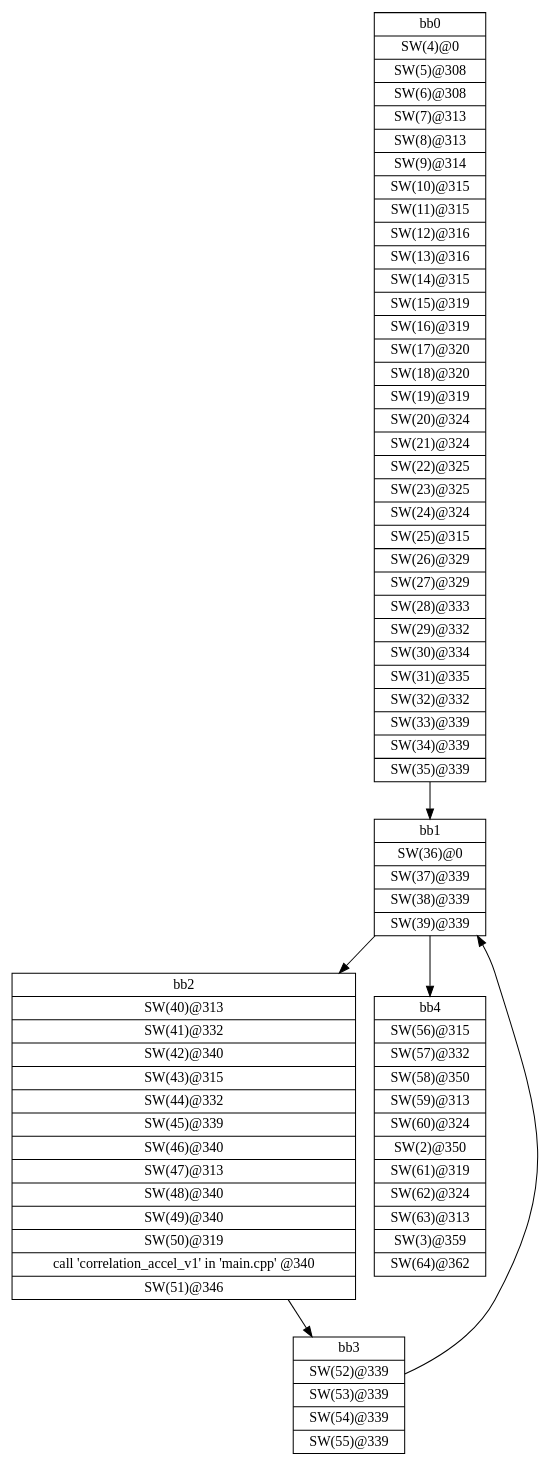
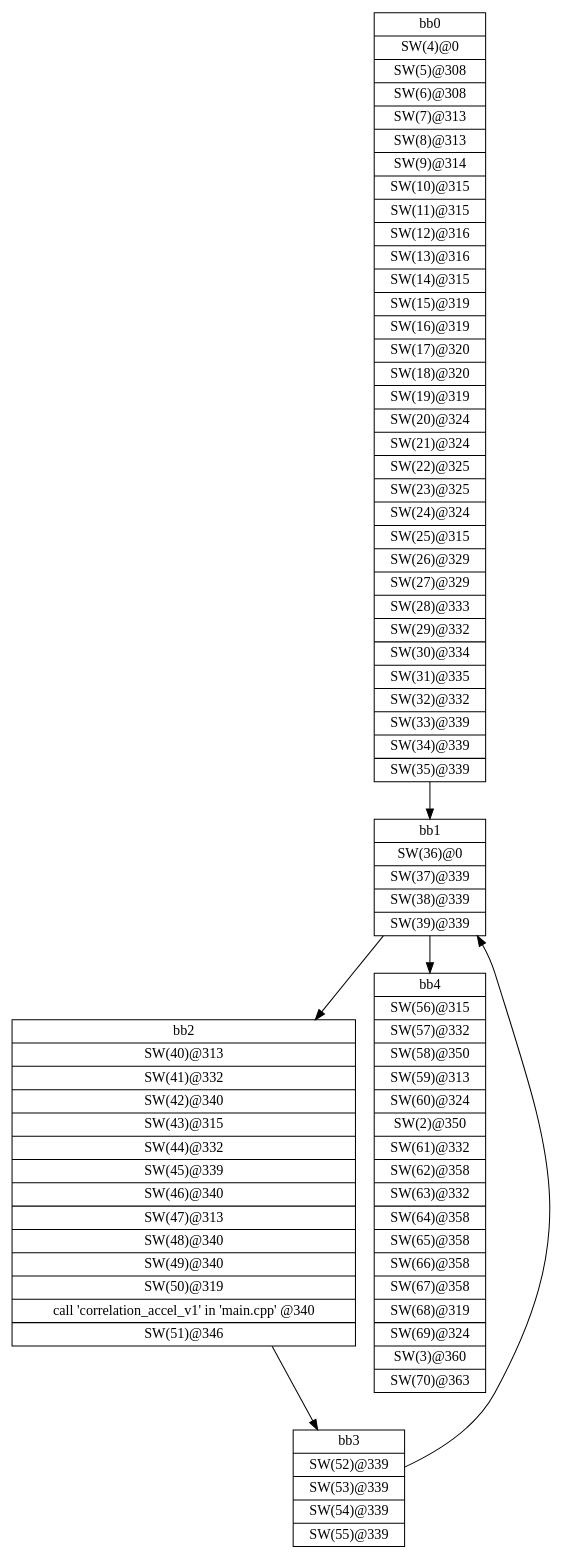
One commit to nguyencanhtrung/SDSoC changed the diagram in workspace/correlation_ver1/correlation_ver1_linux/SDRelease/_sds/.llvm/_px_cdfg_init_main.dot. Above: the diagram before and after it, drawn with Graphviz. The commit also changed 26 other files, not shown here.

```diff
--- a/workspace/correlation_ver1/correlation_ver1_linux/SDRelease/_sds/.llvm/_px_cdfg_init_main.dot
+++ b/workspace/correlation_ver1/correlation_ver1_linux/SDRelease/_sds/.llvm/_px_cdfg_init_main.dot
@@ -1,13 +1,13 @@
 digraph CDFG {
 node [shape=record];
-bb0 [shape=record, label = "{bb0|<x0x2c50810>SW(4)@0\n|<x0x2c50430>SW(5)@308\n|<x0x2c50590>SW(6)@308\n|<x0x2c506f0>SW(7)@313\n|<x0x2c0e900>SW(8)@313\n|<x0x2c0ea60>SW(9)@314\n|<x0x2c0ebc0>SW(10)@315\n|<x0x2c0ed20>SW(11)@315\n|<x0x2c0ee80>SW(12)@316\n|<x0x2c0eff0>SW(13)@316\n|<x0x2c0f120>SW(14)@315\n|<x0x2c0f280>SW(15)@319\n|<x0x2c0f3e0>SW(16)@319\n|<x0x2c0f540>SW(17)@320\n|<x0x2c0f6b0>SW(18)@320\n|<x0x2c0f7e0>SW(19)@319\n|<x0x2c0f940>SW(20)@324\n|<x0x2c0faa0>SW(21)@324\n|<x0x2c0fc00>SW(22)@325\n|<x0x2c0fd70>SW(23)@325\n|<x0x2c0fea0>SW(24)@324\n|<x0x2c10000>SW(25)@315\n|<x0x2c10160>SW(26)@329\n|<x0x2c10290>SW(27)@329\n|<x0x2c103e0>SW(28)@333\n|<x0x2c10550>SW(29)@332\n|<x0x2c106c0>SW(30)@334\n|<x0x2c519b0>SW(31)@335\n|<x0x2c53b30>SW(32)@332\n|<x0x2c53ca0>SW(33)@339\n|<x0x2c53de0>SW(34)@339\n|<x0x2c53f40>SW(35)@339\n}"];
-bb1 [shape=record, label = "{bb1|<x0x2c51af0>SW(36)@0\n|<x0x2c51bb0>SW(37)@339\n|<x0x2c51d10>SW(38)@339\n|<x0x2c51e50>SW(39)@339\n}"];
-bb2 [shape=record, label = "{bb2|<x0x2c51a90>SW(40)@313\n|<x0x2c52130>SW(41)@332\n|<x0x2c522a0>SW(42)@340\n|<x0x2c523e0>SW(43)@315\n|<x0x2c52540>SW(44)@332\n|<x0x2c526b0>SW(45)@339\n|<x0x2c52810>SW(46)@340\n|<x0x2c52950>SW(47)@313\n|<x0x2c52ab0>SW(48)@340\n|<x0x2c52be0>SW(49)@340\n|<x0x2c52d20>SW(50)@319\n|<x0x2c0ad60>call 'correlation_accel_v1' in 'main.cpp' @340\n|<x0x2c52e80>SW(51)@346\n}"];
-bb3 [shape=record, label = "{bb3|<x0x2c52f60>SW(52)@339\n|<x0x2c530c0>SW(53)@339\n|<x0x2c53200>SW(54)@339\n|<x0x2c53360>SW(55)@339\n}"];
-bb4 [shape=record, label = "{bb4|<x0x2c51f80>SW(56)@315\n|<x0x2c53690>SW(57)@332\n|<x0x2c53800>SW(58)@350\n|<x0x2c53940>SW(59)@313\n|<x0x2c54020>SW(60)@324\n|<x0x2c0e640>SW(2)@350\n|<x0x2c56190>SW(61)@319\n|<x0x2c562f0>SW(62)@324\n|<x0x2c56450>SW(63)@313\n|<x0x2c0e5e0>SW(3)@359\n|<x0x2c565b0>SW(64)@362\n}"];
+bb0 [shape=record, label = "{bb0|<x0x2233230>SW(4)@0\n|<x0x2232e50>SW(5)@308\n|<x0x2232fb0>SW(6)@308\n|<x0x2233110>SW(7)@313\n|<x0x21f1320>SW(8)@313\n|<x0x21f1480>SW(9)@314\n|<x0x21f15e0>SW(10)@315\n|<x0x21f1740>SW(11)@315\n|<x0x21f18a0>SW(12)@316\n|<x0x21f1a10>SW(13)@316\n|<x0x21f1b40>SW(14)@315\n|<x0x21f1ca0>SW(15)@319\n|<x0x21f1e00>SW(16)@319\n|<x0x21f1f60>SW(17)@320\n|<x0x21f20d0>SW(18)@320\n|<x0x21f2200>SW(19)@319\n|<x0x21f2360>SW(20)@324\n|<x0x21f24c0>SW(21)@324\n|<x0x21f2620>SW(22)@325\n|<x0x21f2790>SW(23)@325\n|<x0x21f28c0>SW(24)@324\n|<x0x21f2a20>SW(25)@315\n|<x0x21f2b80>SW(26)@329\n|<x0x21f2cb0>SW(27)@329\n|<x0x21f2e00>SW(28)@333\n|<x0x21f2f70>SW(29)@332\n|<x0x21f30e0>SW(30)@334\n|<x0x2234550>SW(31)@335\n|<x0x22366d0>SW(32)@332\n|<x0x2236840>SW(33)@339\n|<x0x2236980>SW(34)@339\n|<x0x2236ae0>SW(35)@339\n}"];
+bb1 [shape=record, label = "{bb1|<x0x2234690>SW(36)@0\n|<x0x2234750>SW(37)@339\n|<x0x22348b0>SW(38)@339\n|<x0x22349f0>SW(39)@339\n}"];
+bb2 [shape=record, label = "{bb2|<x0x2234630>SW(40)@313\n|<x0x2234cd0>SW(41)@332\n|<x0x2234e40>SW(42)@340\n|<x0x2234f80>SW(43)@315\n|<x0x22350e0>SW(44)@332\n|<x0x2235250>SW(45)@339\n|<x0x22353b0>SW(46)@340\n|<x0x22354f0>SW(47)@313\n|<x0x2235650>SW(48)@340\n|<x0x2235780>SW(49)@340\n|<x0x22358c0>SW(50)@319\n|<x0x21ed780>call 'correlation_accel_v1' in 'main.cpp' @340\n|<x0x2235a20>SW(51)@346\n}"];
+bb3 [shape=record, label = "{bb3|<x0x2235b00>SW(52)@339\n|<x0x2235c60>SW(53)@339\n|<x0x2235da0>SW(54)@339\n|<x0x2235f00>SW(55)@339\n}"];
+bb4 [shape=record, label = "{bb4|<x0x2234b20>SW(56)@315\n|<x0x2236230>SW(57)@332\n|<x0x22363a0>SW(58)@350\n|<x0x22364e0>SW(59)@313\n|<x0x2236bc0>SW(60)@324\n|<x0x21f1060>SW(2)@350\n|<x0x2238d30>SW(61)@332\n|<x0x2238ea0>SW(62)@358\n|<x0x2238fe0>SW(63)@332\n|<x0x2239150>SW(64)@358\n|<x0x2236ca0>SW(65)@358\n|<x0x2236dd0>SW(66)@358\n|<x0x2236f00>SW(67)@358\n|<x0x2237060>SW(68)@319\n|<x0x22371c0>SW(69)@324\n|<x0x21f1000>SW(3)@360\n|<x0x2237320>SW(70)@363\n}"];
 bb0 -> bb1
 bb1 -> bb2
 bb1 -> bb4
 bb2 -> bb3
 bb3 -> bb1
 }
```
